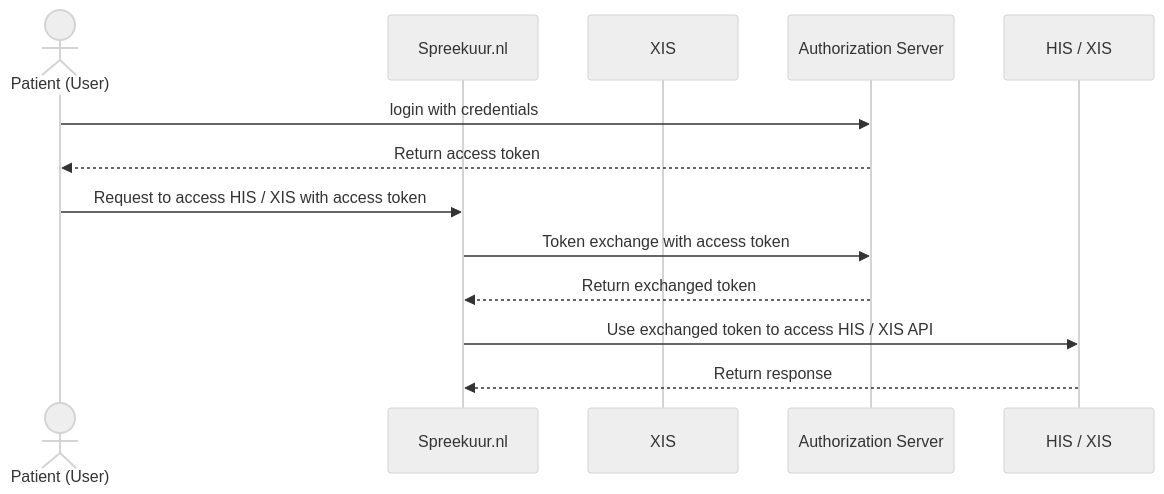
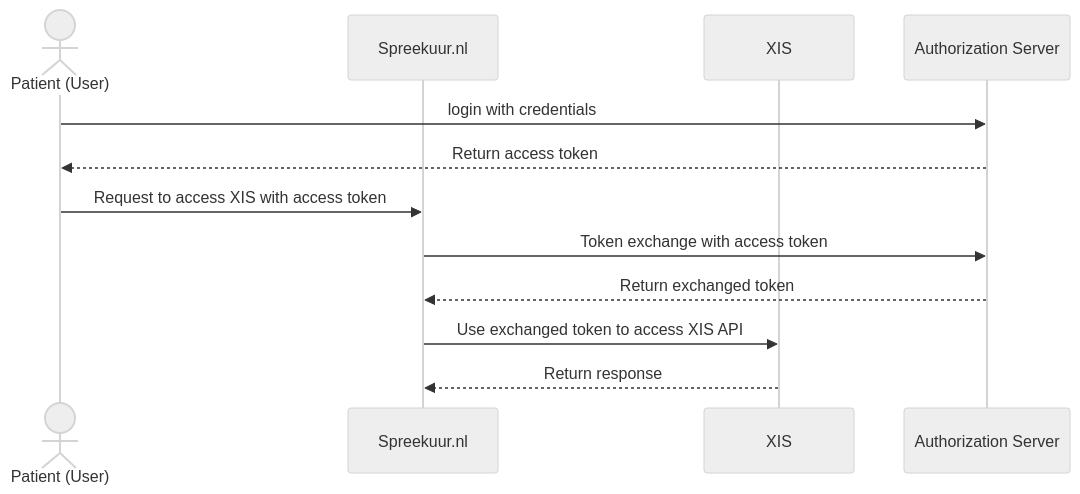
The first of 2 diagrams in docs/authentication-and-multi-tenancy.md (topicushealthcare/spreekuur-docs), drawn with Mermaid (neutral theme) before and after one commit. The commit also changed other lines of this file and 5 other files, not shown here.

````diff
--- a/docs/authentication-and-multi-tenancy.md
+++ b/docs/authentication-and-multi-tenancy.md
@@ -11,15 +11,15 @@
 ```mermaid
 sequenceDiagram
     actor Patient (User)
     participant Spreekuur.nl
     participant XIS
     participant Authorization Server
 
     Patient (User)->>Authorization Server: login with credentials
     Authorization Server-->>Patient (User): Return access token
-    Patient (User)->>Spreekuur.nl: Request to access HIS / XIS with access token
+    Patient (User)->>Spreekuur.nl: Request to access XIS with access token
     Spreekuur.nl->>Authorization Server: Token exchange with access token
     Authorization Server-->>Spreekuur.nl: Return exchanged token
-    Spreekuur.nl->>HIS / XIS: Use exchanged token to access HIS / XIS API
-    HIS / XIS-->>Spreekuur.nl: Return response
+    Spreekuur.nl->>XIS: Use exchanged token to access XIS API
+    XIS-->>Spreekuur.nl: Return response
 ```
````
